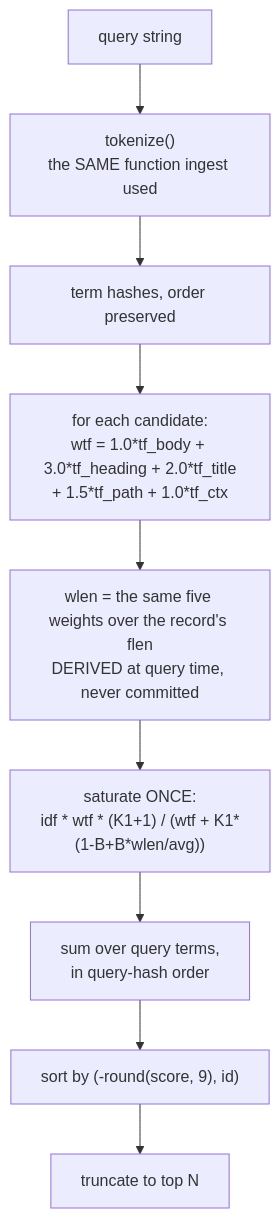
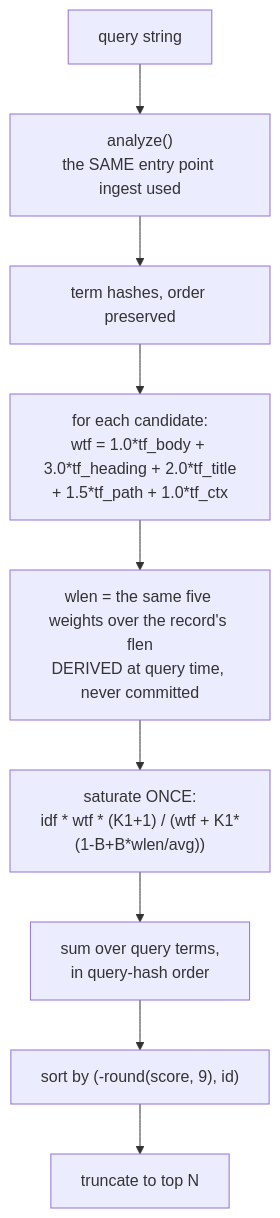
Before and after one commit to arpitarya/fux: the first of 2 diagrams in docs/adr/0012_ranking.md, drawn with Mermaid. The commit also changed other lines of this file and 442 other files, not shown here.

````diff
--- a/docs/adr/0012_ranking.md
+++ b/docs/adr/0012_ranking.md
@@ -114,11 +43,11 @@
 ```mermaid
 flowchart TD
-    Q["query string"] --> TK["tokenize()<br/>the SAME function ingest used"]
+    Q["query string"] --> TK["analyze()<br/>the SAME entry point ingest used"]
     TK --> H["term hashes, order preserved"]
     H --> SC["for each candidate:<br/>wtf = 1.0*tf_body + 3.0*tf_heading + 2.0*tf_title<br/>+ 1.5*tf_path + 1.0*tf_ctx"]
     SC --> WL["wlen = the same five weights over the record's flen<br/>DERIVED at query time, never committed"]
     WL --> SAT["saturate ONCE:<br/>idf * wtf * (K1+1) / (wtf + K1*(1-B+B*wlen/avg))"]
     SAT --> SUM["sum over query terms,<br/>in query-hash order"]
     SUM --> ORD["sort by (-round(score, 9), id)"]
     ORD --> TOP["truncate to top N"]
 ```
````
